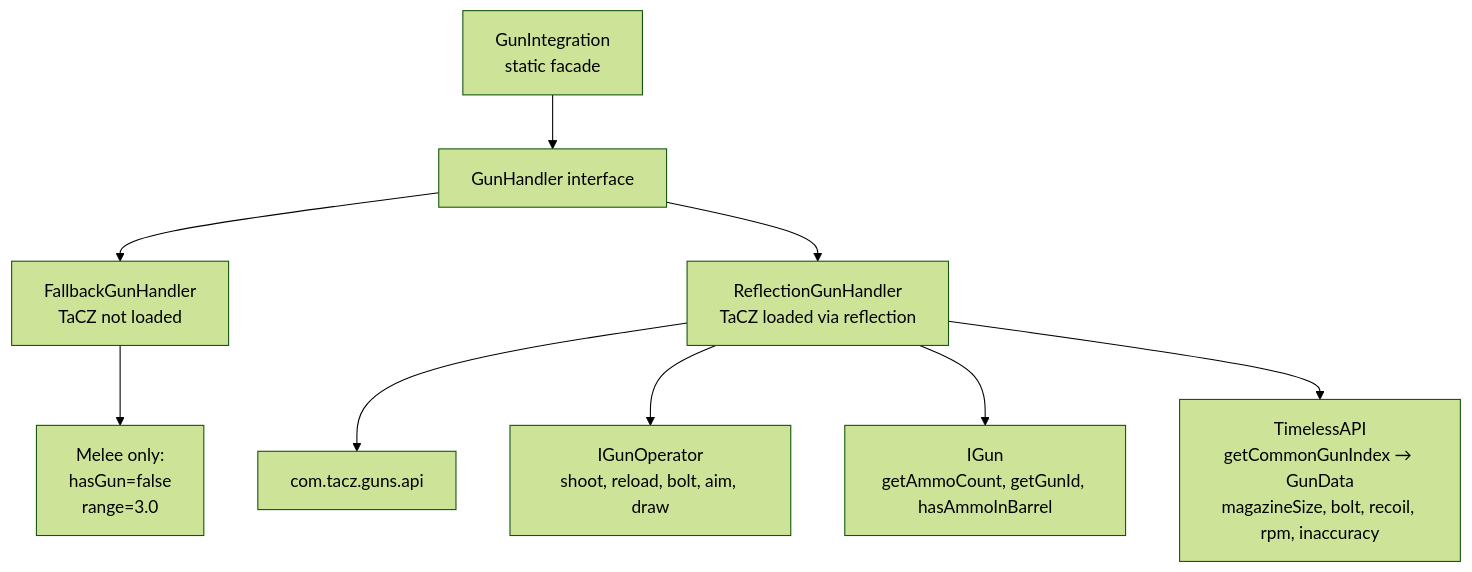
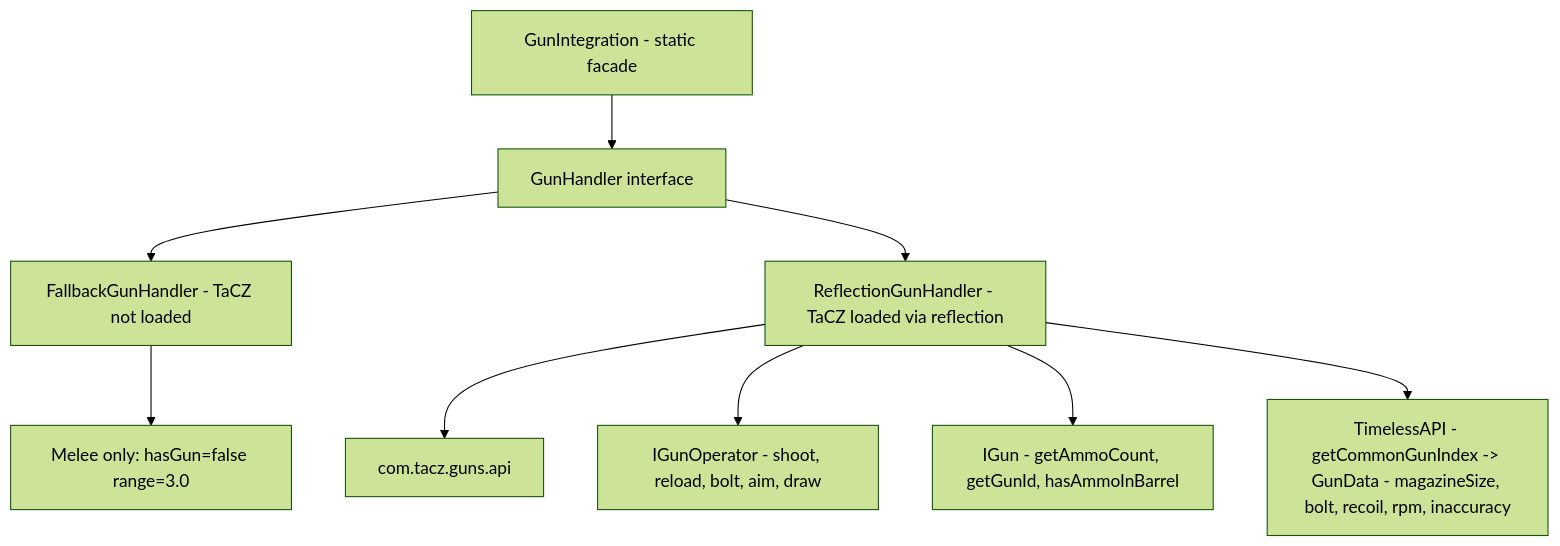
Before and after one commit to MegiTicky/steves_army: diagram 20 of 27 in ARCHITECTURE.md, drawn with Mermaid (forest theme). The commit also changed other lines of this file, not shown here.

Commit message:
Fix ARCHITECTURE.md: replace broken unicode chars and Mermaid HTML tags with ASCII

````diff
--- a/ARCHITECTURE.md
+++ b/ARCHITECTURE.md
@@ -724,13 +724,13 @@
 ```mermaid
 flowchart TD
-    GI[GunIntegration<br/>static facade] --> IF[GunHandler interface]
-    IF --> FALLBACK[FallbackGunHandler<br/>TaCZ not loaded]
-    IF --> REFLECT[ReflectionGunHandler<br/>TaCZ loaded via reflection]
+    GI[GunIntegration - static facade] --> IF[GunHandler interface]
+    IF --> FALLBACK[FallbackGunHandler - TaCZ not loaded]
+    IF --> REFLECT[ReflectionGunHandler - TaCZ loaded via reflection]
     
-    FALLBACK --> MELEE[Melee only:<br/>hasGun=false<br/>range=3.0]
+    FALLBACK --> MELEE[Melee only: hasGun=false range=3.0]
     REFLECT --> TACZ[com.tacz.guns.api]
     
-    REFLECT --> OPERATOR[IGunOperator<br/>shoot, reload, bolt, aim, draw]
-    REFLECT --> IGUN[IGun<br/>getAmmoCount, getGunId, hasAmmoInBarrel]
-    REFLECT --> TIMELESS[TimelessAPI<br/>getCommonGunIndex → GunData<br/>magazineSize, bolt, recoil, rpm, inaccuracy]
+    REFLECT --> OPERATOR[IGunOperator - shoot, reload, bolt, aim, draw]
+    REFLECT --> IGUN[IGun - getAmmoCount, getGunId, hasAmmoInBarrel]
+    REFLECT --> TIMELESS[TimelessAPI - getCommonGunIndex -> GunData - magazineSize, bolt, recoil, rpm, inaccuracy]
 ```
````
